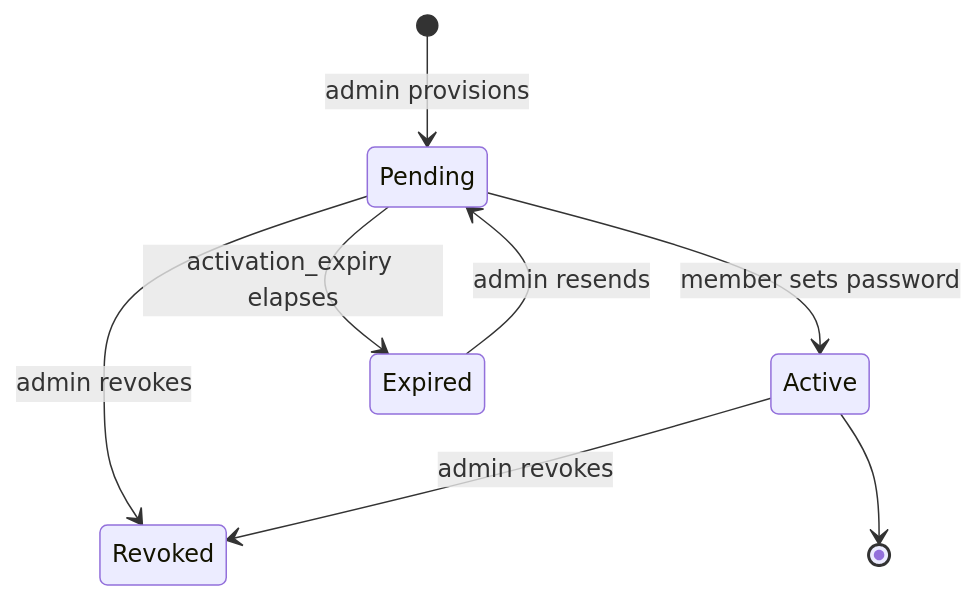
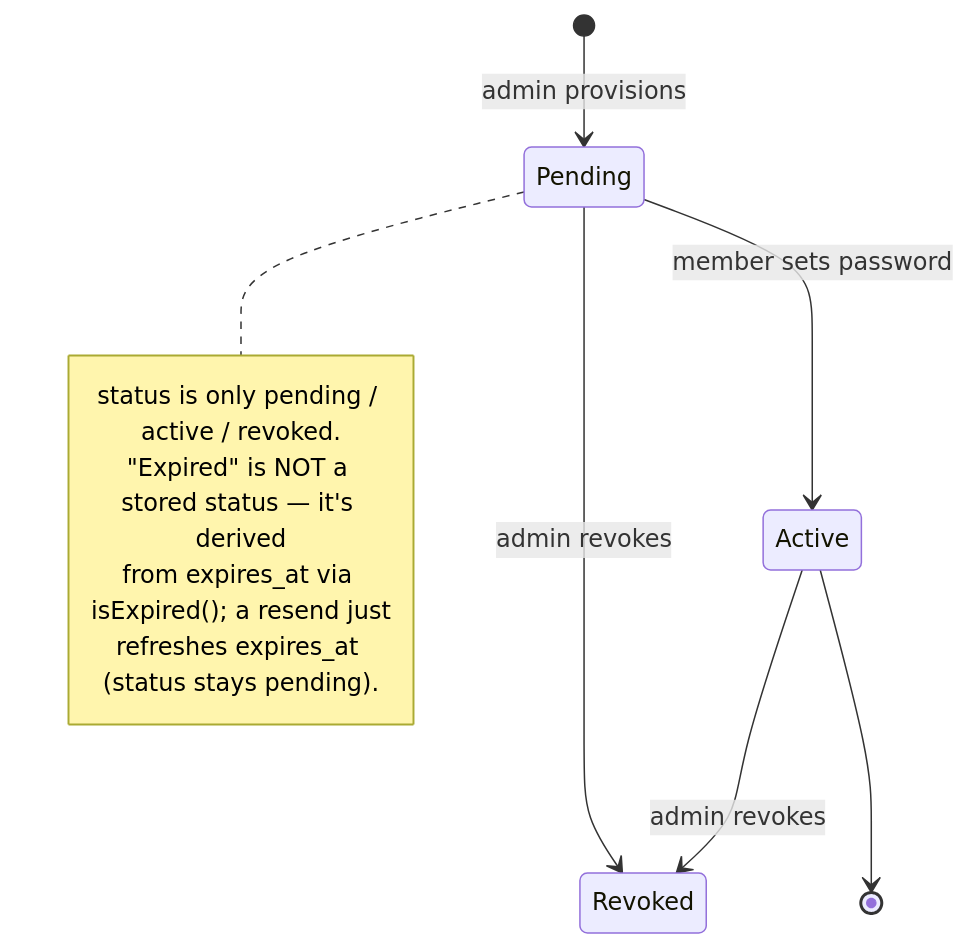
Before and after one commit to happones/kinetix: the second of 3 diagrams in docs/membership.md, drawn with Mermaid. The commit also changed 7 other files, not shown here.

````diff
--- a/docs/membership.md
+++ b/docs/membership.md
@@ -110,10 +110,14 @@
 ```mermaid
 stateDiagram-v2
     [*] --> Pending: admin provisions
     Pending --> Active: member sets password
-    Pending --> Expired: activation_expiry elapses
     Pending --> Revoked: admin revokes
-    Expired --> Pending: admin resends
     Active --> Revoked: admin revokes
     Active --> [*]
+    note right of Pending
+        status is only pending / active / revoked.
+        "Expired" is NOT a stored status — it's derived
+        from expires_at via isExpired(); a resend just
+        refreshes expires_at (status stays pending).
+    end note
 ```
````
